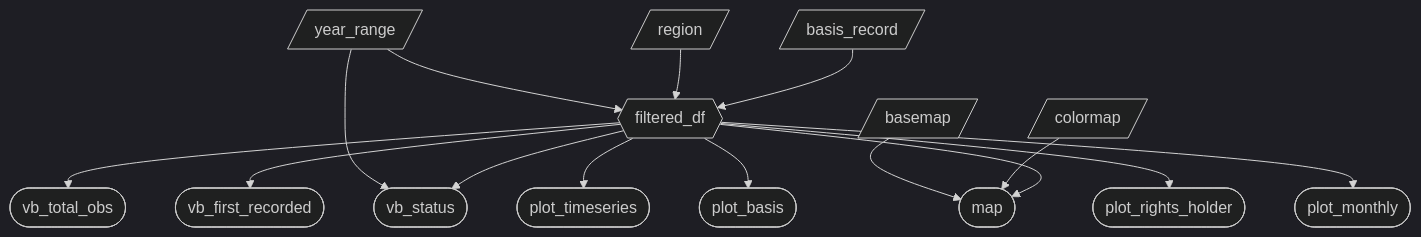
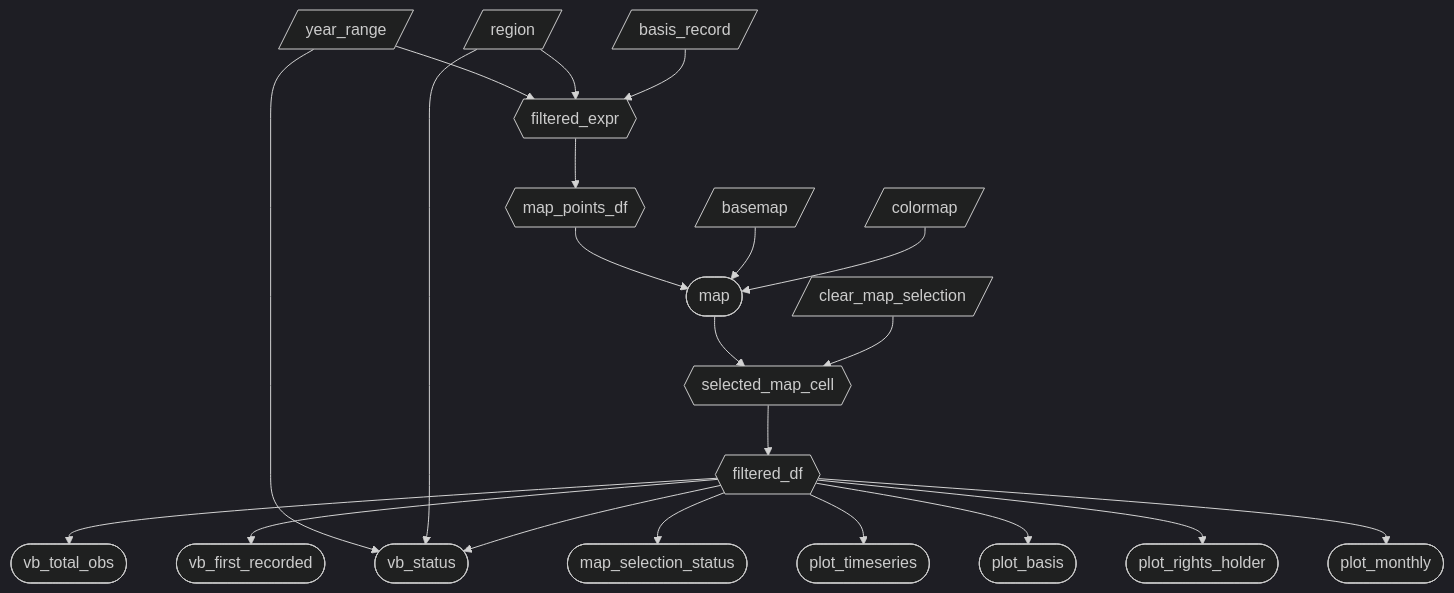
Before and after one commit to UBC-MDS/DSCI-532_2026_21_beetle-tracker: the diagram in reports/m2_spec.md, drawn with Mermaid (dark theme). The commit also changed other lines of this file and 1 other file, not shown here.

Commit message:
Update spec to reflect map click interaction

````diff
--- a/reports/m2_spec.md
+++ b/reports/m2_spec.md
@@ -55,17 +60,23 @@
 ``` mermaid
 flowchart TD
-  A[/year_range/] --> F{{filtered_df}}
-  B[/region/] --> F
-  C[/basis_record/] --> F
+  A[/year_range/] --> Q{{filtered_expr}}
+  B[/region/] --> Q
+  C[/basis_record/] --> Q
+  Q --> M{{map_points_df}}
+  M --> P3([map])
+  P3 --> S{{selected_map_cell}}
+  S --> F{{filtered_df}}
+  A --> VB3
+  B --> VB3
   D[/basemap/] --> P3
   E[/colormap/] --> P3
-  A --> VB3
+  R[/clear_map_selection/] --> S
   F --> VB1([vb_total_obs])
   F --> VB2([vb_first_recorded])
   F --> VB3([vb_status])
+  F --> MS([map_selection_status])
   F --> P1([plot_timeseries])
   F --> P2([plot_basis])
-  F --> P3([map])
   F --> P4([plot_rights_holder])
   F --> P5([plot_monthly])
 ```
````
